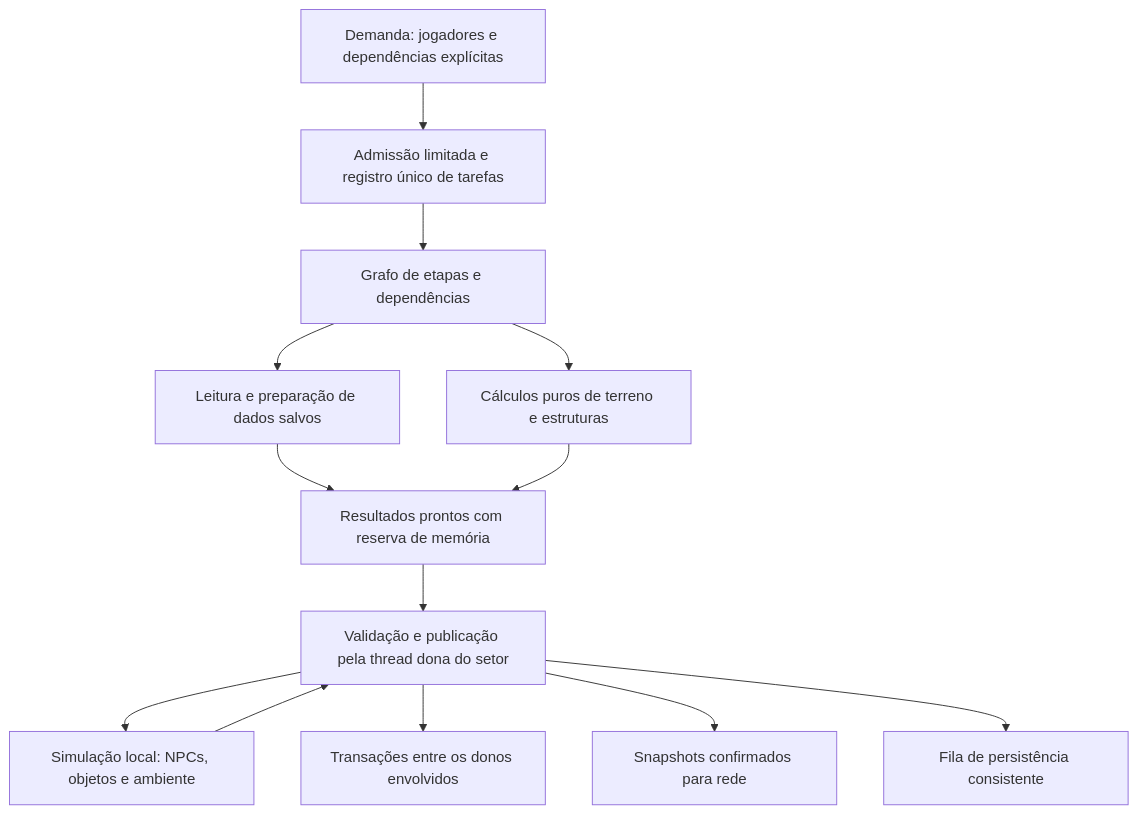
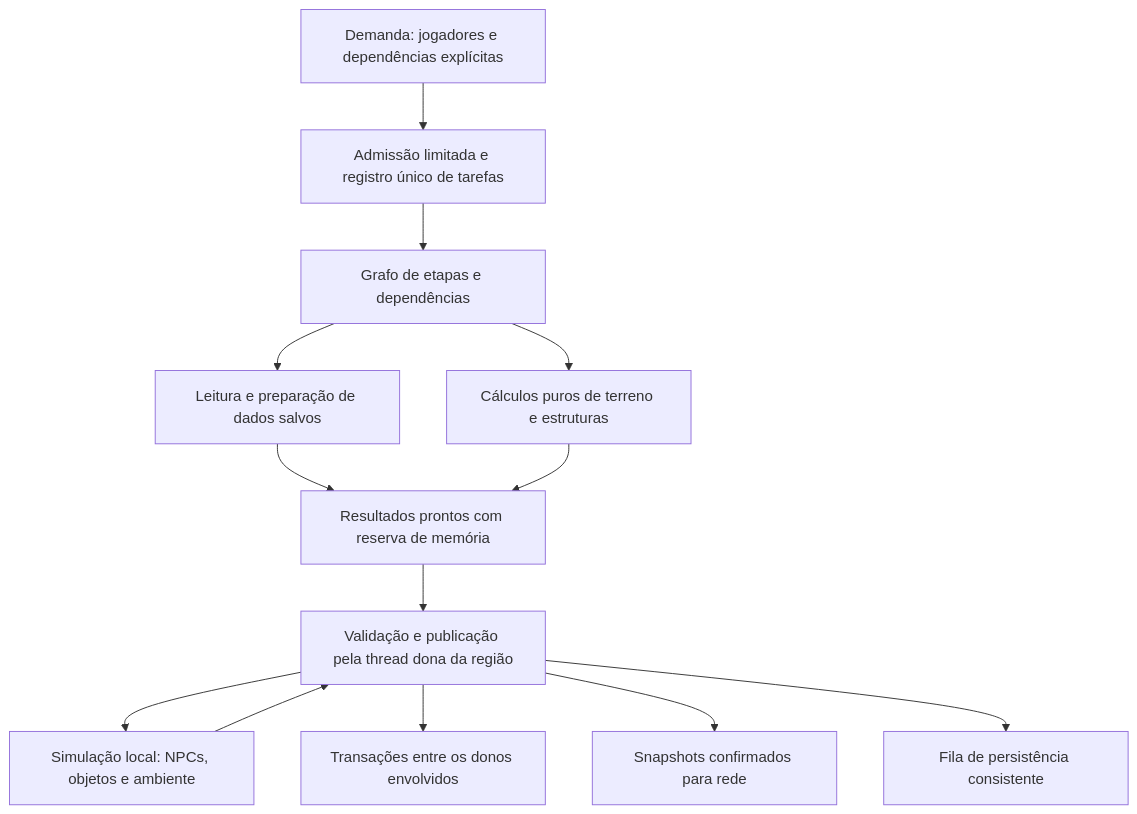
The second of 2 diagrams in doc/world-region-rework-advanced-concept.md (Modding-VK/OpenStarbound), drawn with Mermaid before and after one commit. The commit also changed other lines of this file and 20 other files, not shown here.

````diff
--- a/doc/world-region-rework-advanced-concept.md
+++ b/doc/world-region-rework-advanced-concept.md
@@ -517,15 +523,15 @@
 ```mermaid
 flowchart TD
   D[Demanda: jogadores e dependências explícitas] --> A[Admissão limitada e registro único de tarefas]
   A --> G[Grafo de etapas e dependências]
   G --> I[Leitura e preparação de dados salvos]
   G --> P[Cálculos puros de terreno e estruturas]
   I --> R[Resultados prontos com reserva de memória]
   P --> R
-  R --> L[Validação e publicação pela thread dona do setor]
+  R --> L[Validação e publicação pela thread dona da região]
   L --> S[Simulação local: NPCs, objetos e ambiente]
   S --> L
   L --> X[Transações entre os donos envolvidos]
   L --> N[Snapshots confirmados para rede]
   L --> B[Fila de persistência consistente]
 ```
````
